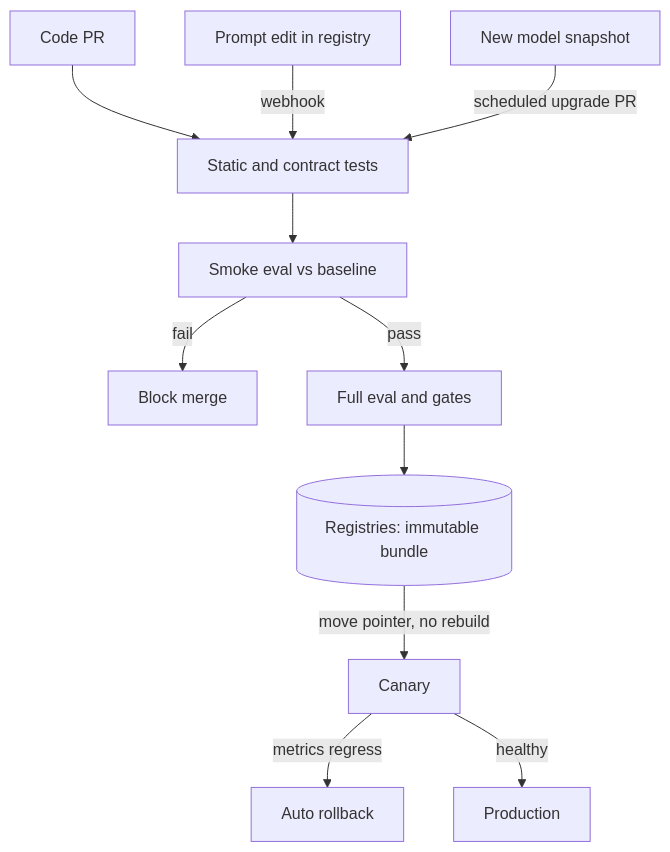
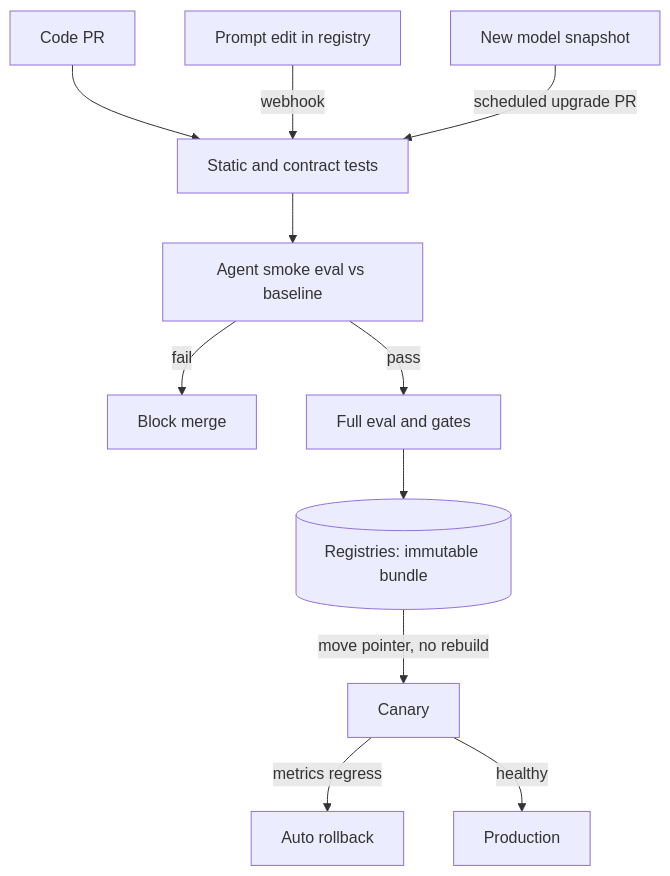
Before and after one commit to lovishmahajan97/agentic-learning: the diagram in content/llmops-platform/ci-cd-for-prompts-and-models.md, drawn with Mermaid. The commit also changed other lines of this file and 485 other files, not shown here.

````diff
--- a/content/llmops-platform/ci-cd-for-prompts-and-models.md
+++ b/content/llmops-platform/ci-cd-for-prompts-and-models.md
@@ -134,13 +160,13 @@
 ```mermaid
 flowchart TD
     C["Code PR"] --> L["Static and contract tests"]
     P["Prompt edit in registry"] -->|"webhook"| L
     M["New model snapshot"] -->|"scheduled upgrade PR"| L
-    L --> S["Smoke eval vs baseline"]
+    L --> S["Agent smoke eval vs baseline"]
     S -->|"fail"| X["Block merge"]
     S -->|"pass"| F["Full eval and gates"]
     F --> R[("Registries: immutable bundle")]
     R -->|"move pointer, no rebuild"| K["Canary"]
     K -->|"metrics regress"| B["Auto rollback"]
     K -->|"healthy"| PR["Production"]
 ```
````
